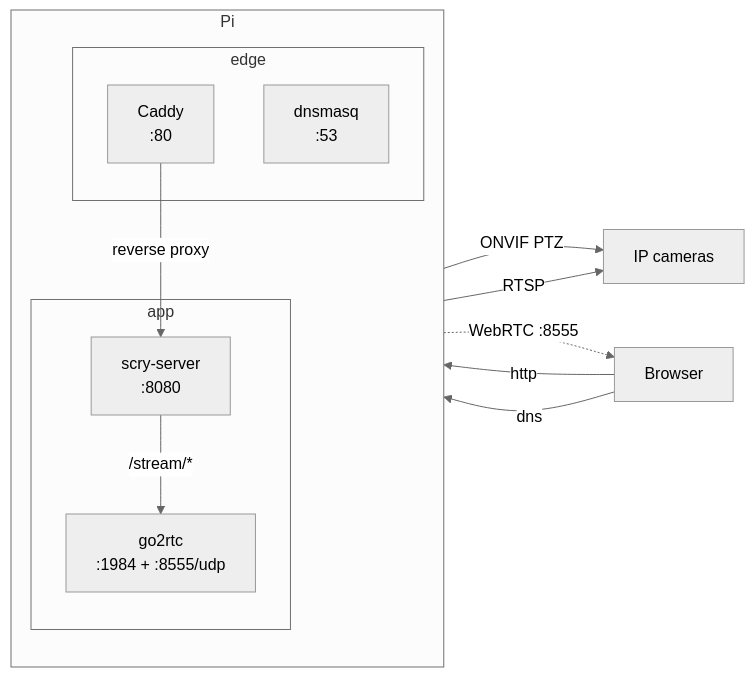
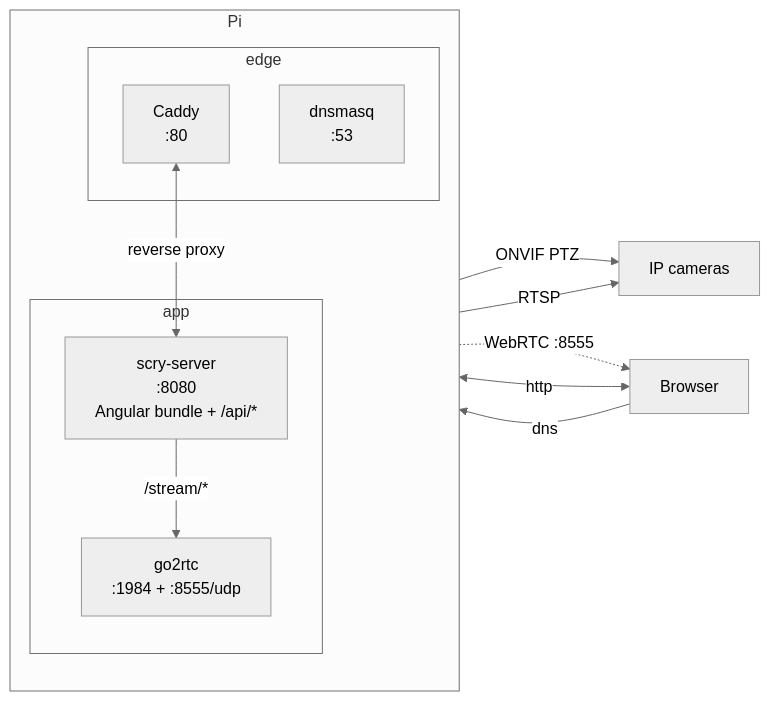
One commit to slamdewey/tapo-viewer changed the diagram in README.md. Above: the diagram before and after it, drawn with Mermaid (neutral theme). The commit also changed other lines of this file, not shown here.

First line of the commit message:
README: add TOC + clarify static-serving in the architecture diagram

````diff
--- a/README.md
+++ b/README.md
@@ -13,25 +30,25 @@
 ```mermaid
 flowchart LR
     cams[IP cameras]
     client[Browser]
 
     subgraph pi["Pi"]
         direction TB
         subgraph edge["edge"]
             dns["dnsmasq<br/>:53"]
             caddy["Caddy<br/>:80"]
         end
         subgraph app["app"]
-            node["scry-server<br/>:8080"]
+            node["scry-server<br/>:8080<br/>Angular bundle + /api/*"]
             go2rtc["go2rtc<br/>:1984 + :8555/udp"]
         end
     end
 
-    client -->|http| caddy
+    client <-->|http| caddy
     client -->|dns| dns
-    caddy -->|reverse proxy| node
+    caddy <-->|reverse proxy| node
     node -->|/stream/*| go2rtc
     node -->|ONVIF PTZ| cams
     go2rtc -->|RTSP| cams
     go2rtc -.->|WebRTC :8555| client
 ```
````
